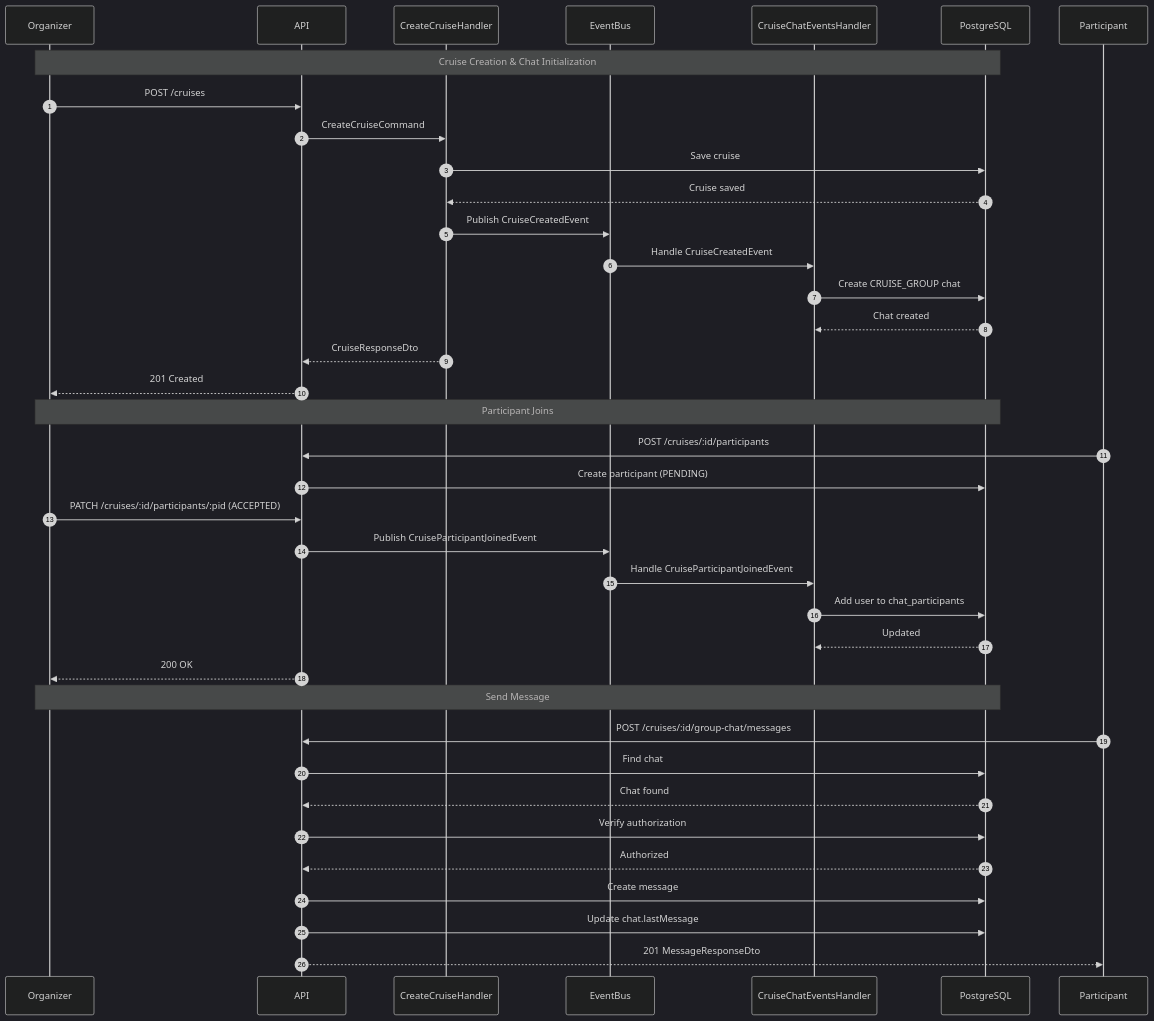
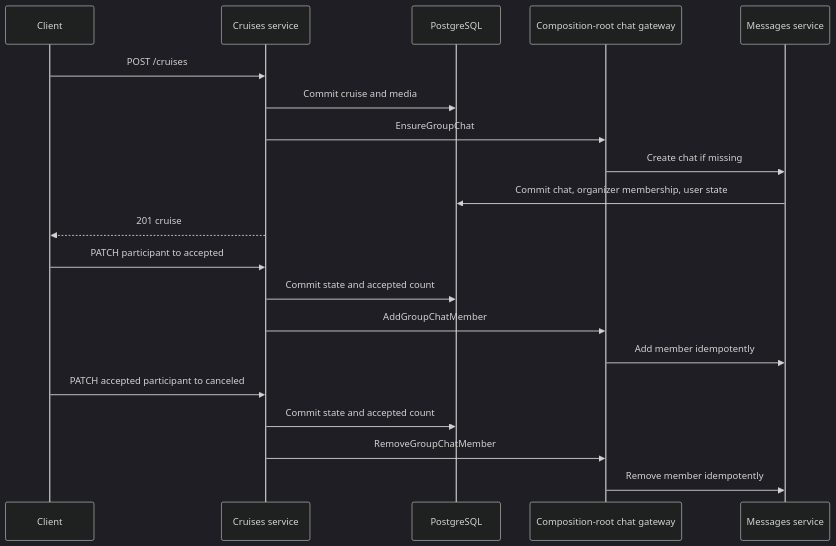
Before and after one commit to kardasz/skipper-club-android: the first of 2 diagrams in docs/api/reference/flows/cruise-chat-flows.md, drawn with Mermaid (dark theme). The commit also changed other lines of this file and 40 other files, not shown here.

````diff
--- a/docs/api/reference/flows/cruise-chat-flows.md
+++ b/docs/api/reference/flows/cruise-chat-flows.md
@@ -72,43 +15,25 @@
 ```mermaid
 sequenceDiagram
-    autonumber
-    participant Org as Organizer
-    participant API as API
-    participant CH as CreateCruiseHandler
-    participant EB as EventBus
-    participant CEH as CruiseChatEventsHandler
+    participant Client
+    participant Cruises as Cruises service
     participant PG as PostgreSQL
+    participant Gateway as Composition-root chat gateway
+    participant Messages as Messages service
 
-    Note over Org,PG: Cruise Creation & Chat Initialization
-    Org->>API: POST /cruises
-    API->>CH: CreateCruiseCommand
-    CH->>PG: Save cruise
-    PG-->>CH: Cruise saved
-    CH->>EB: Publish CruiseCreatedEvent
-    EB->>CEH: Handle CruiseCreatedEvent
-    CEH->>PG: Create CRUISE_GROUP chat
-    PG-->>CEH: Chat created
-    CH-->>API: CruiseResponseDto
-    API-->>Org: 201 Created
+    Client->>Cruises: POST /cruises
+    Cruises->>PG: Commit cruise and media
+    Cruises->>Gateway: EnsureGroupChat
+    Gateway->>Messages: Create chat if missing
+    Messages->>PG: Commit chat, organizer membership, user state
+    Cruises-->>Client: 201 cruise
 
-    Note over Org,PG: Participant Joins
-    participant User as Participant
-    User->>API: POST /cruises/:id/participants
-    API->>PG: Create participant (PENDING)
-    Org->>API: PATCH /cruises/:id/participants/:pid (ACCEPTED)
-    API->>EB: Publish CruiseParticipantJoinedEvent
-    EB->>CEH: Handle CruiseParticipantJoinedEvent
-    CEH->>PG: Add user to chat_participants
-    PG-->>CEH: Updated
-    API-->>Org: 200 OK
+    Client->>Cruises: PATCH participant to accepted
+    Cruises->>PG: Commit state and accepted count
+    Cruises->>Gateway: AddGroupChatMember
+    Gateway->>Messages: Add member idempotently
 
-    Note over Org,PG: Send Message
-    User->>API: POST /cruises/:id/group-chat/messages
-    API->>PG: Find chat
-    PG-->>API: Chat found
-    API->>PG: Verify authorization
-    PG-->>API: Authorized
-    API->>PG: Create message
-    API->>PG: Update chat.lastMessage
-    API-->>User: 201 MessageResponseDto
+    Client->>Cruises: PATCH accepted participant to canceled
+    Cruises->>PG: Commit state and accepted count
+    Cruises->>Gateway: RemoveGroupChatMember
+    Gateway->>Messages: Remove member idempotently
 ```
````
